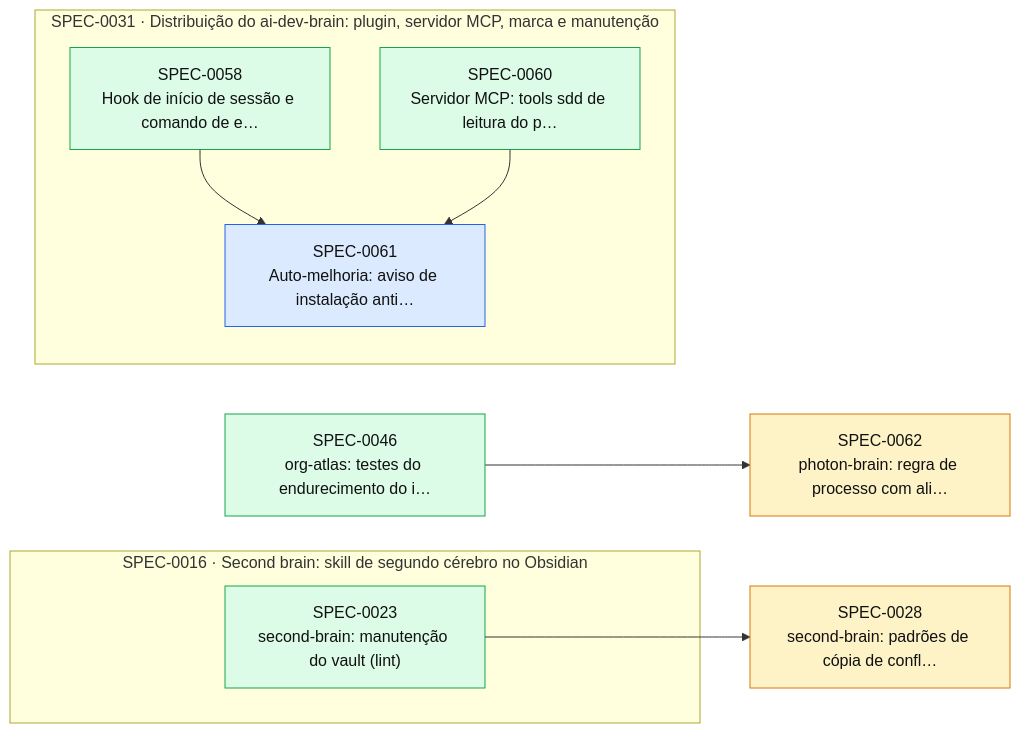
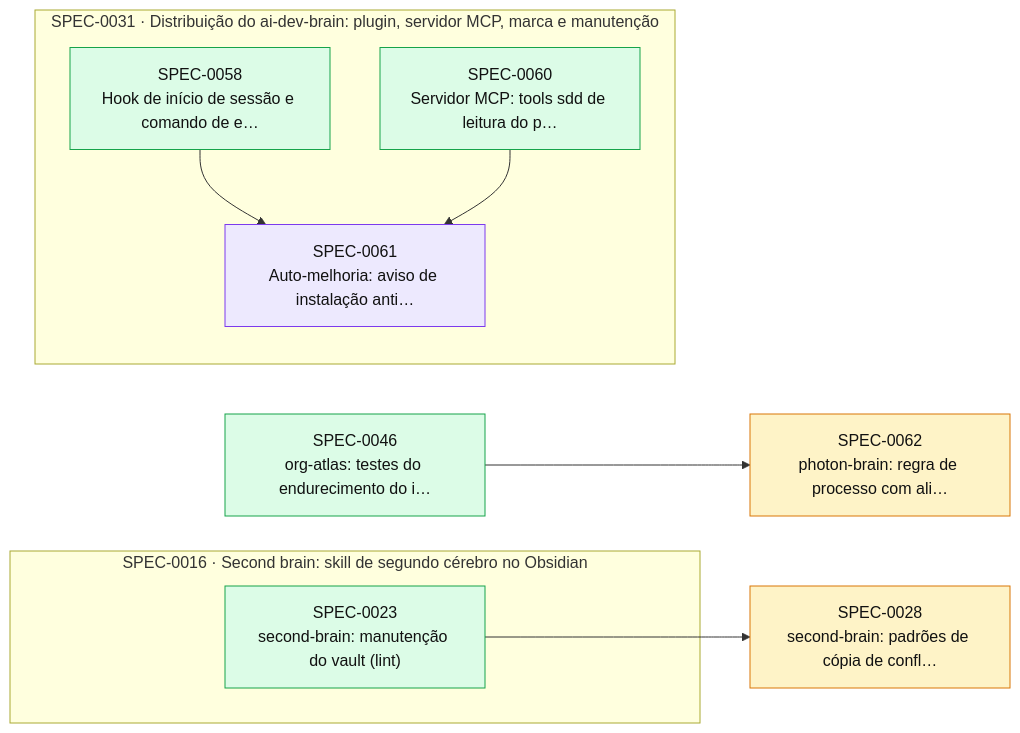
One commit to thomasravache/ai-dev-brain changed the diagram in docs/specs/INDEX.md. Above: the diagram before and after it, drawn with Mermaid. The commit also changed other lines of this file and 1 other file, not shown here.

First line of the commit message:
docs(specs): PLAN da SPEC-0061

````diff
--- a/docs/specs/INDEX.md
+++ b/docs/specs/INDEX.md
@@ -50,23 +50,23 @@
 ```mermaid
 flowchart LR
   S0028["SPEC-0028<br/>second-brain: padrões de cópia de confl…"]:::proposed
   S0046["SPEC-0046<br/>org-atlas: testes do endurecimento do i…"]:::implemented
   S0062["SPEC-0062<br/>photon-brain: regra de processo com ali…"]:::proposed
   subgraph E0016["SPEC-0016 · Second brain: skill de segundo cérebro no Obsidian"]
     S0023["SPEC-0023<br/>second-brain: manutenção do vault (lint)"]:::implemented
   end
   subgraph E0031["SPEC-0031 · Distribuição do ai-dev-brain: plugin, servidor MCP, marca e manutenção"]
     S0058["SPEC-0058<br/>Hook de início de sessão e comando de e…"]:::implemented
     S0060["SPEC-0060<br/>Servidor MCP: tools sdd de leitura do p…"]:::implemented
-    S0061["SPEC-0061<br/>Auto-melhoria: aviso de instalação anti…"]:::approved
+    S0061["SPEC-0061<br/>Auto-melhoria: aviso de instalação anti…"]:::inprogress
   end
   S0023 --> S0028
   S0058 --> S0061
   S0060 --> S0061
   S0046 --> S0062
   classDef proposed fill:#fef3c7,stroke:#d97706,color:#111
   classDef approved fill:#dbeafe,stroke:#2563eb,color:#111
   classDef inprogress fill:#ede9fe,stroke:#7c3aed,color:#111
   classDef implemented fill:#dcfce7,stroke:#16a34a,color:#111
   classDef deprecated fill:#f3f4f6,stroke:#9ca3af,color:#6b7280
 ```
````
